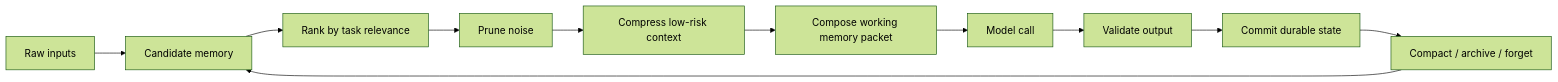
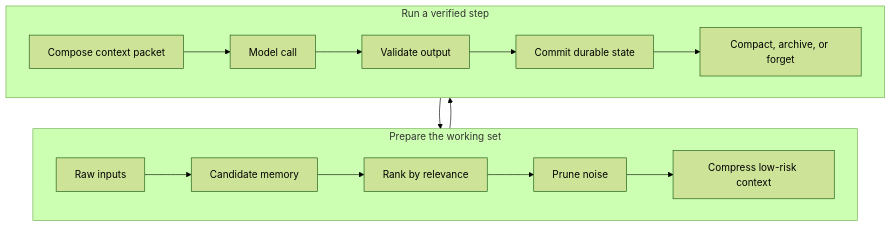
Before and after one commit to MirrorNeuronLab/mn-website: the first of 3 diagrams in src/content/blog/memory-is-not-just-context-window-stuffing.mdx, drawn with Mermaid (forest theme). The commit also changed other lines of this file and 56 other files, not shown here.

````diff
--- a/src/content/blog/memory-is-not-just-context-window-stuffing.mdx
+++ b/src/content/blog/memory-is-not-just-context-window-stuffing.mdx
@@ -98,13 +81,19 @@
 ```mermaid
-flowchart LR
-  A[Raw inputs] --> B[Candidate memory]
-  B --> C[Rank by task relevance]
-  C --> D[Prune noise]
-  D --> E[Compress low-risk context]
-  E --> F[Compose working memory packet]
-  F --> G[Model call]
-  G --> H[Validate output]
-  H --> I[Commit durable state]
-  I --> J[Compact / archive / forget]
+flowchart TB
+  subgraph Prepare[Prepare the working set]
+    direction LR
+    A[Raw inputs] --> B[Candidate memory]
+    B --> C[Rank by relevance]
+    C --> D[Prune noise]
+    D --> E[Compress low-risk context]
+  end
+  subgraph Execute[Run a verified step]
+    direction LR
+    F[Compose context packet] --> G[Model call]
+    G --> H[Validate output]
+    H --> I[Commit durable state]
+    I --> J[Compact, archive, or forget]
+  end
+  E --> F
   J --> B
 ```
````
